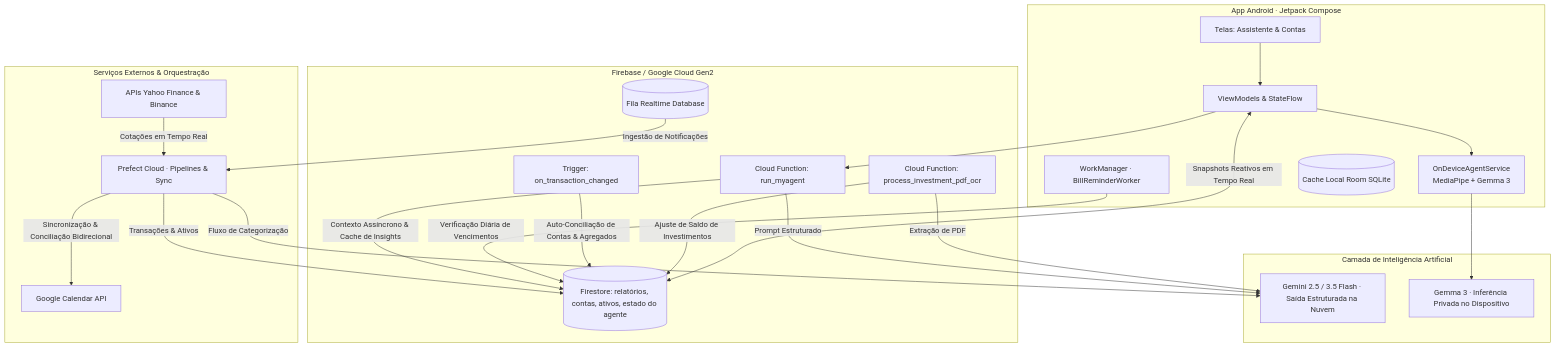
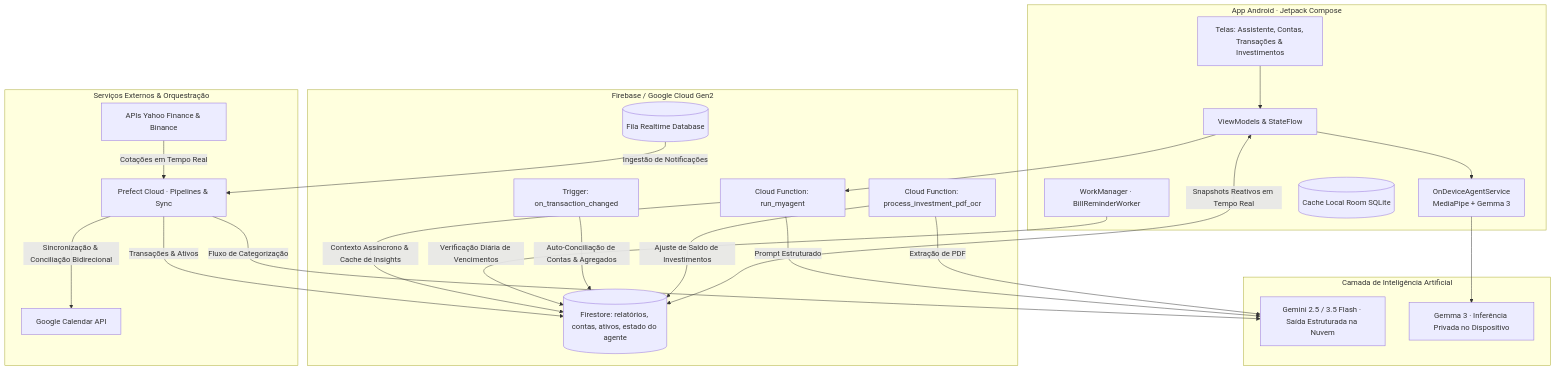
The diagram in README.pt-BR.md (rogerioc/fortuna-ai-case-study), drawn with Mermaid before and after one commit. The commit also changed other lines of this file and 1 other file, not shown here.

````diff
--- a/README.pt-BR.md
+++ b/README.pt-BR.md
@@ -31,46 +31,46 @@
 ```mermaid
 graph TD
     subgraph Mobile [App Android · Jetpack Compose]
-        UI[Telas: Assistente & Contas]
+        UI[Telas: Assistente, Contas, Transações & Investimentos]
         VM[ViewModels & StateFlow]
         WM[WorkManager · BillReminderWorker]
         OD[OnDeviceAgentService<br/>MediaPipe + Gemma 3]
         ROOM[(Cache Local Room SQLite)]
     end
 
     subgraph Cloud [Firebase / Google Cloud Gen2]
         CF_AGENT[Cloud Function: run_myagent]
         CF_RECON[Trigger: on_transaction_changed]
         CF_OCR[Cloud Function: process_investment_pdf_ocr]
         FS[(Firestore: relatórios, contas, ativos, estado do agente)]
         RTD[(Fila Realtime Database)]
     end
 
     subgraph LLMs [Camada de Inteligência Artificial]
         GEMINI[Gemini 2.5 / 3.5 Flash · Saída Estruturada na Nuvem]
         GEMMA[Gemma 3 · Inferência Privada no Dispositivo]
     end
 
     subgraph External [Serviços Externos & Orquestração]
         GCAL[Google Calendar API]
         PREFECT[Prefect Cloud · Pipelines & Sync]
         MARKET[APIs Yahoo Finance & Binance]
     end
 
     UI --> VM
     VM --> OD --> GEMMA
     VM --> CF_AGENT -->|Prompt Estruturado| GEMINI
     CF_AGENT -->|Contexto Assíncrono & Cache de Insights| FS
     WM -->|Verificação Diária de Vencimentos| FS
 
     RTD -->|Ingestão de Notificações| PREFECT
     PREFECT -->|Fluxo de Categorização| GEMINI
     PREFECT -->|Sincronização & Conciliação Bidirecional| GCAL
     PREFECT -->|Transações & Ativos| FS
     MARKET -->|Cotações em Tempo Real| PREFECT
 
     CF_RECON -->|Auto-Conciliação de Contas & Agregados| FS
     CF_OCR -->|Extração de PDF| GEMINI
     CF_OCR -->|Ajuste de Saldo de Investimentos| FS
     VM <-->|Snapshots Reativos em Tempo Real| FS
 ```
````
